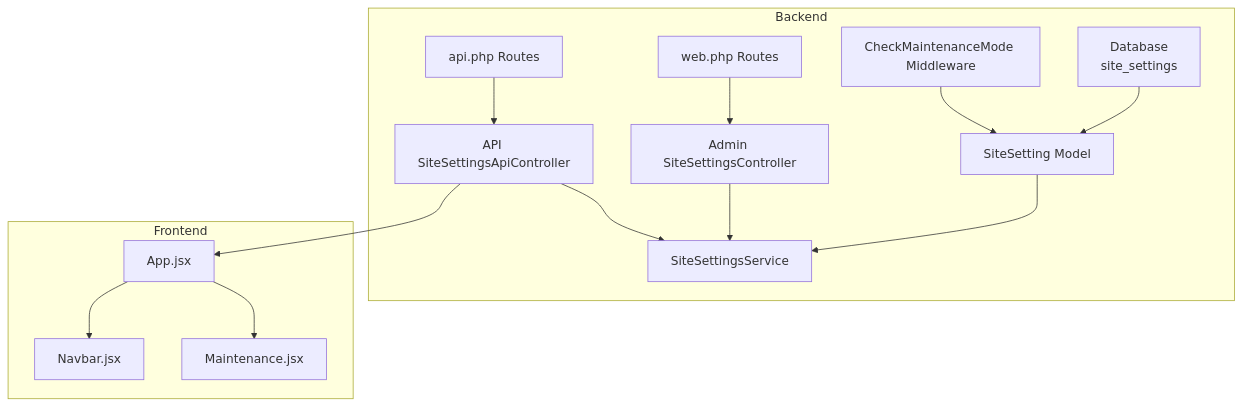
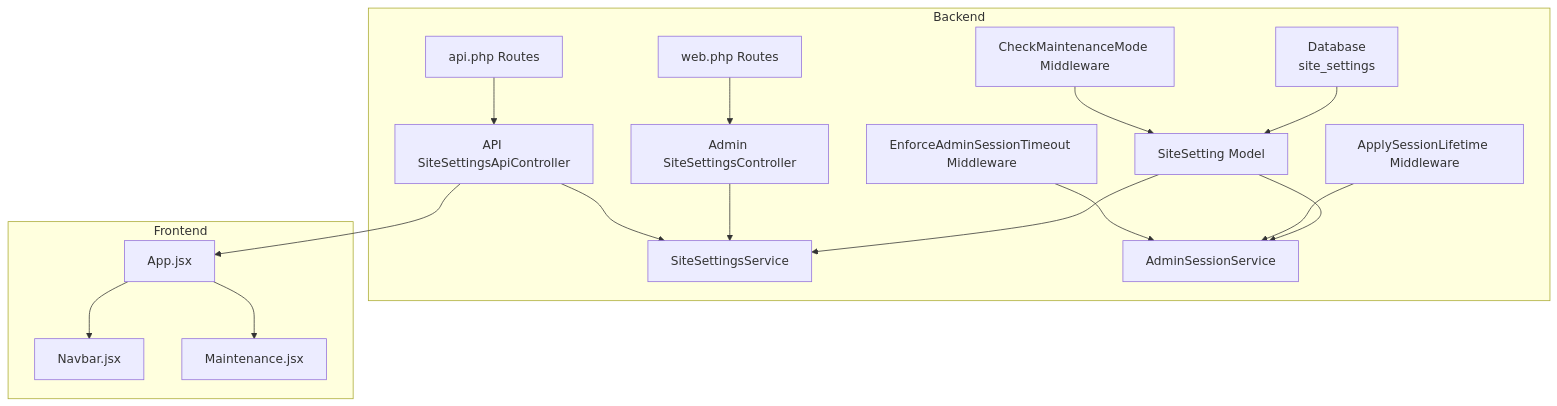
Before and after one commit to mahbub095/bus-app: the first of 7 diagrams in .qoder/repowiki/en/content/Administrative Dashboard/Site Configuration & Settings.md, drawn with Mermaid. The commit also changed other lines of this file and 130 other files, not shown here.

````diff
--- a/.qoder/repowiki/en/content/Administrative Dashboard/Site Configuration & Settings.md
+++ b/.qoder/repowiki/en/content/Administrative Dashboard/Site Configuration & Settings.md
@@ -38,28 +53,34 @@
 ```mermaid
 graph TB
 subgraph "Backend"
 DB["Database<br/>site_settings"]
 Model["SiteSetting Model"]
 Service["SiteSettingsService"]
+AdminService["AdminSessionService"]
 AdminCtrl["Admin SiteSettingsController"]
 ApiCtrl["API SiteSettingsApiController"]
 MW["CheckMaintenanceMode Middleware"]
+SessionMW["ApplySessionLifetime Middleware"]
+TimeoutMW["EnforceAdminSessionTimeout Middleware"]
 WebRoutes["web.php Routes"]
 ApiRoutes["api.php Routes"]
 end
 subgraph "Frontend"
 App["App.jsx"]
 Navbar["Navbar.jsx"]
 Maintenance["Maintenance.jsx"]
 end
 DB --> Model
 Model --> Service
+Model --> AdminService
 AdminCtrl --> Service
 ApiCtrl --> Service
 MW --> Model
+SessionMW --> AdminService
+TimeoutMW --> AdminService
 WebRoutes --> AdminCtrl
 ApiRoutes --> ApiCtrl
 ApiCtrl --> App
 App --> Navbar
 App --> Maintenance
 ```
````
